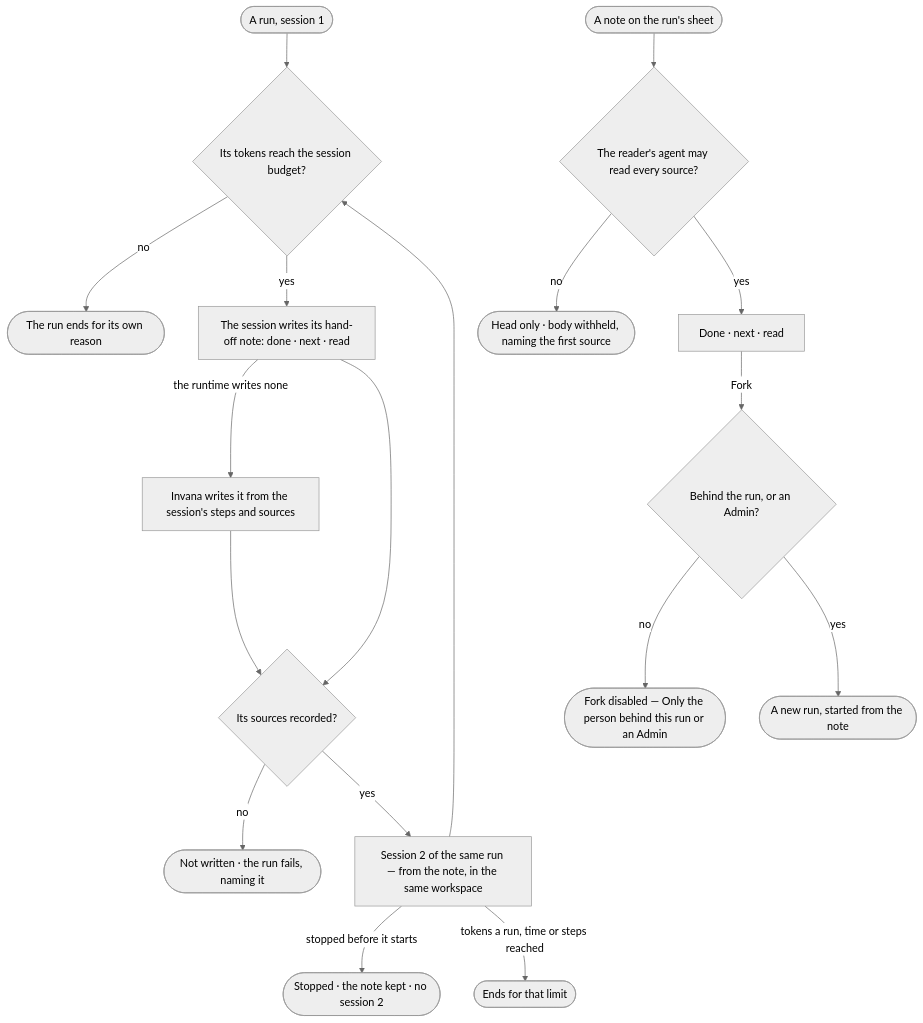
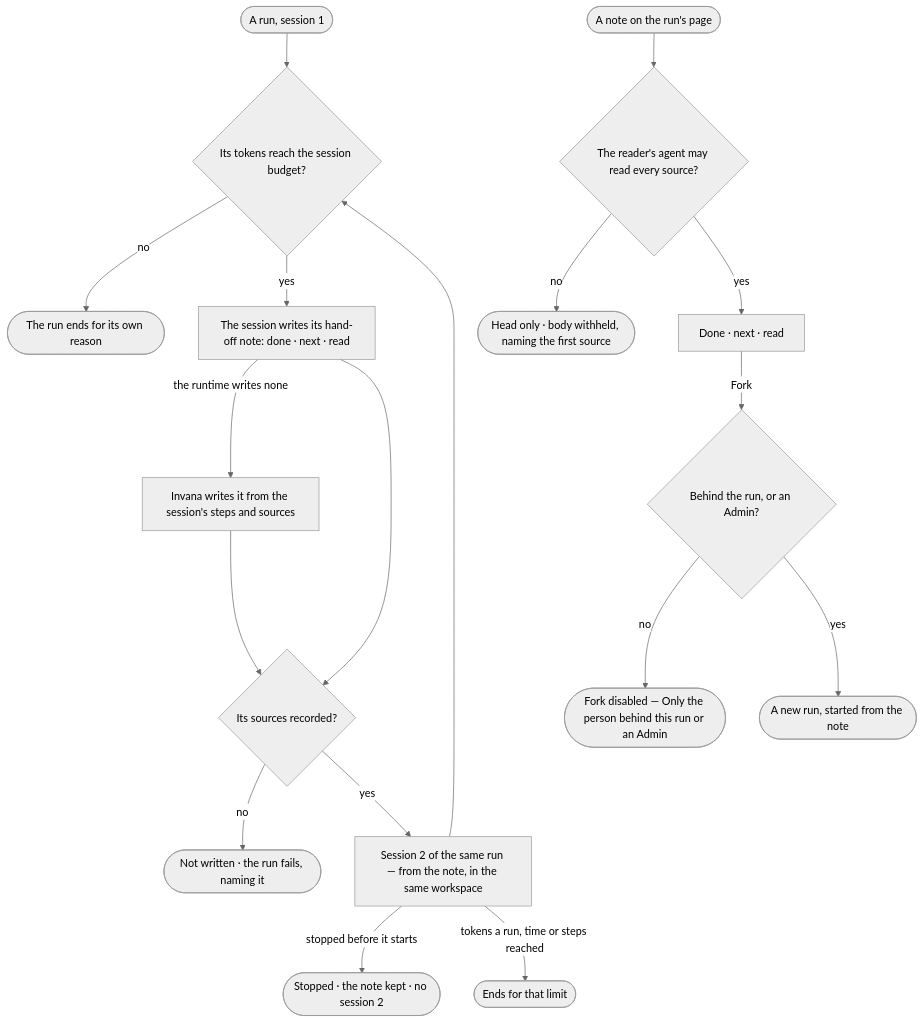
The diagram in specs/capabilities/agents/features/AG-F05-delegation-and-outside-agents/stories/AG-62-continue-in-a-fresh-session-from-a-hand-off-note/story.md (invana/invana), drawn with Mermaid (neutral theme) before and after one commit. The commit also changed other lines of this file and 133 other files, not shown here.

````diff
--- a/specs/capabilities/agents/features/AG-F05-delegation-and-outside-agents/stories/AG-62-continue-in-a-fresh-session-from-a-hand-off-note/story.md
+++ b/specs/capabilities/agents/features/AG-F05-delegation-and-outside-agents/stories/AG-62-continue-in-a-fresh-session-from-a-hand-off-note/story.md
@@ -32,20 +32,20 @@
 ```mermaid
 flowchart TD
   r([A run, session 1]) --> b{"Its tokens reach the session budget?"}
   b -->|no| fin(["The run ends for its own reason"])
   b -->|yes| w["The session writes its hand-off note: done · next · read"]
   w -->|the runtime writes none| inv["Invana writes it from the session's steps and sources"]
   w --> src{"Its sources recorded?"}
   inv --> src
   src -->|no| fail(["Not written · the run fails, naming it"])
   src -->|yes| s2["Session 2 of the same run — from the note, in the same workspace"]
   s2 -->|stopped before it starts| stop(["Stopped · the note kept · no session 2"])
   s2 --> b
   s2 -->|tokens a run, time or steps reached| lim(["Ends for that limit"])
-  n([A note on the run's sheet]) --> may{"The reader's agent may read every source?"}
+  n([A note on the run's page]) --> may{"The reader's agent may read every source?"}
   may -->|no| wh(["Head only · body withheld, naming the first source"])
   may -->|yes| rd["Done · next · read"]
   rd -->|Fork| fk{"Behind the run, or an Admin?"}
   fk -->|no| fx(["Fork disabled — Only the person behind this run or an Admin"])
   fk -->|yes| nr(["A new run, started from the note"])
 ```
````
